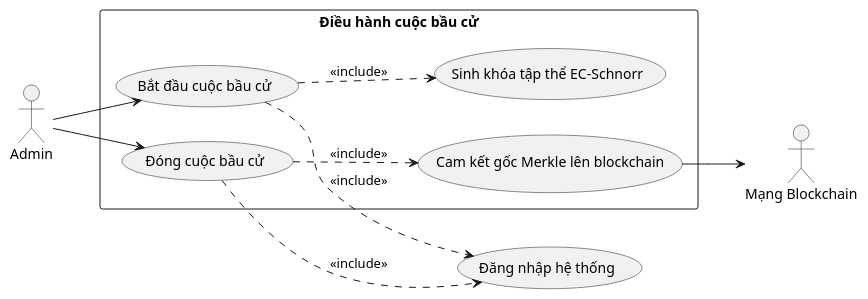
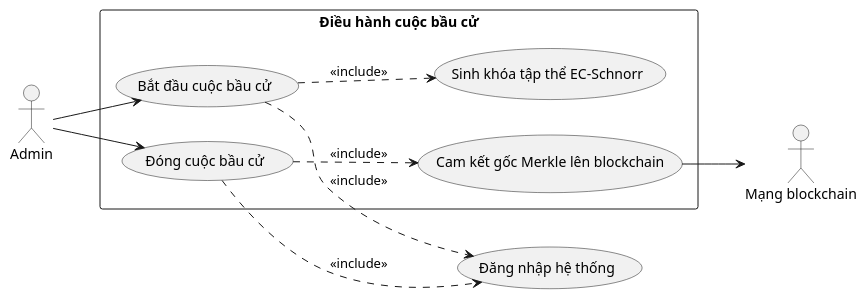
The diagram in PlantUML/Usecase/Dieu-hanh-cuoc-bau-cu.puml (Tuienn/e-voting-latex), drawn with PlantUML before and after one commit. The commit also changed 40 other files, not shown here.

```diff
--- a/PlantUML/Usecase/Dieu-hanh-cuoc-bau-cu.puml
+++ b/PlantUML/Usecase/Dieu-hanh-cuoc-bau-cu.puml
@@ -1,27 +1,27 @@
 @startuml DieuHanhCuocBauCu_UC
 left to right direction
 skinparam packageStyle rectangle
 
 actor "Admin" as admin
-actor "Mạng Blockchain" as fabric
+actor "Mạng blockchain" as fabric
 
 usecase "Đăng nhập hệ thống" as UC_Login
 
 rectangle "Điều hành cuộc bầu cử" {
   usecase "Bắt đầu cuộc bầu cử" as UC_Start
   usecase "Đóng cuộc bầu cử" as UC_Close
   usecase "Sinh khóa tập thể EC-Schnorr" as UC_Keygen
   usecase "Cam kết gốc Merkle lên blockchain" as UC_CommitRoot
 }
 
 admin --> UC_Start
 admin --> UC_Close
 
 UC_Start ..> UC_Login : <<include>>
 UC_Close ..> UC_Login : <<include>>
 
 UC_Start ..> UC_Keygen : <<include>>
 UC_Close ..> UC_CommitRoot : <<include>>
 
 UC_CommitRoot --> fabric
 @enduml
```
